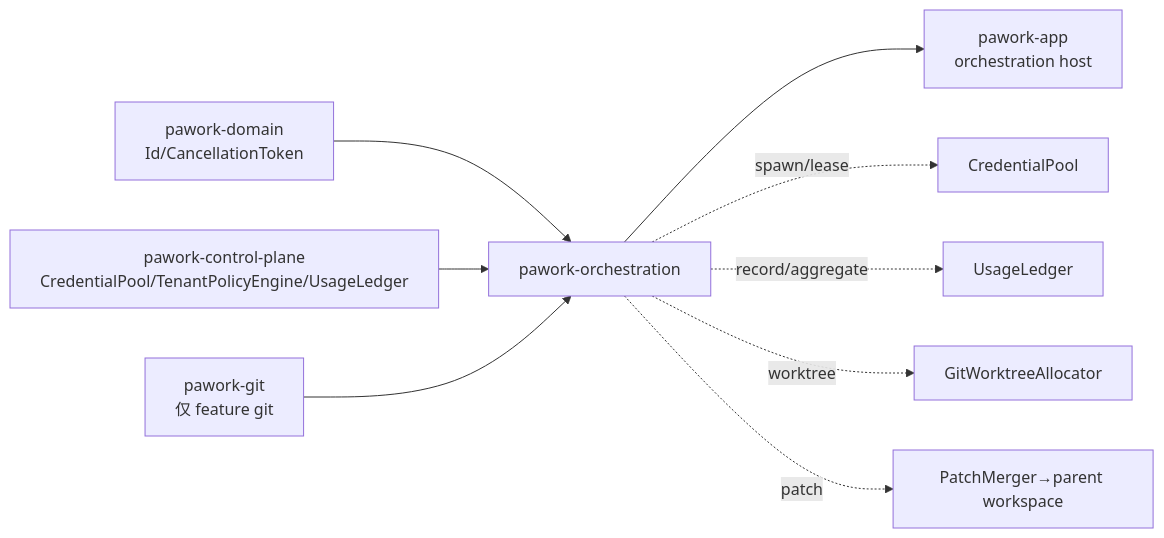
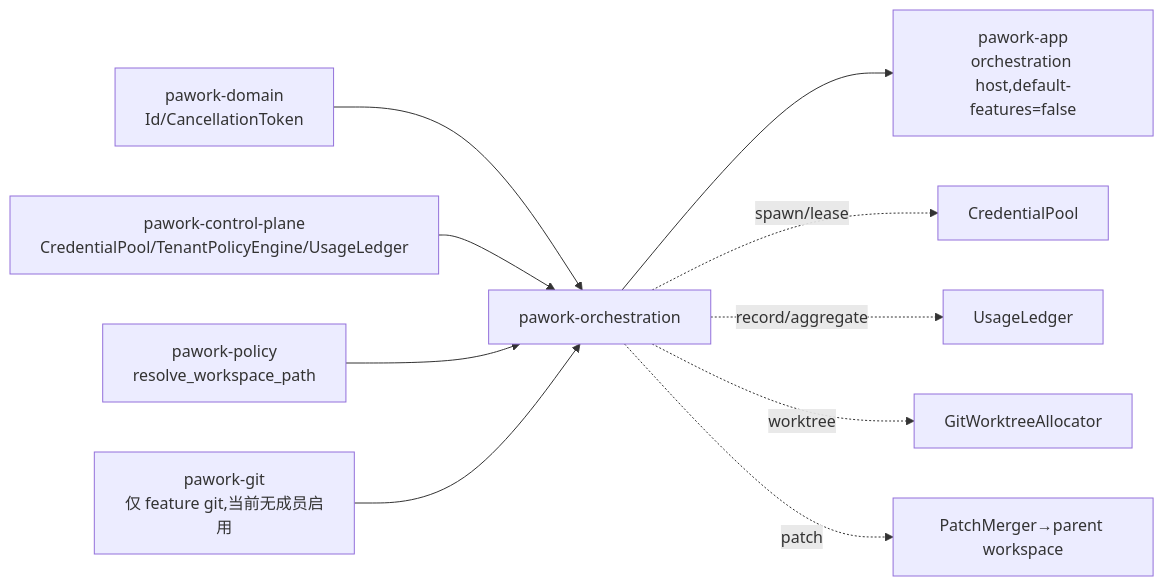
Before and after one commit to expcat/Pawork: the diagram in docs/review/backend/orchestration.md, drawn with Mermaid. The commit also changed other lines of this file and 139 other files, not shown here.

````diff
--- a/docs/review/backend/orchestration.md
+++ b/docs/review/backend/orchestration.md
@@ -202,11 +209,12 @@
 ```mermaid
 graph LR
     domain[pawork-domain<br/>Id/CancellationToken] --> orch[pawork-orchestration]
     cp[pawork-control-plane<br/>CredentialPool/TenantPolicyEngine/UsageLedger] --> orch
-    git[pawork-git<br/>仅 feature git] --> orch
-    orch --> app[pawork-app<br/>orchestration host]
+    policy[pawork-policy<br/>resolve_workspace_path] --> orch
+    git[pawork-git<br/>仅 feature git,当前无成员启用] --> orch
+    orch --> app[pawork-app<br/>orchestration host,default-features=false]
     orch -.spawn/lease.-> pool[CredentialPool]
     orch -.record/aggregate.-> ledger[UsageLedger]
     orch -.worktree.-> wt[GitWorktreeAllocator]
     orch -.patch.-> pm[PatchMerger→parent workspace]
 ```
````
